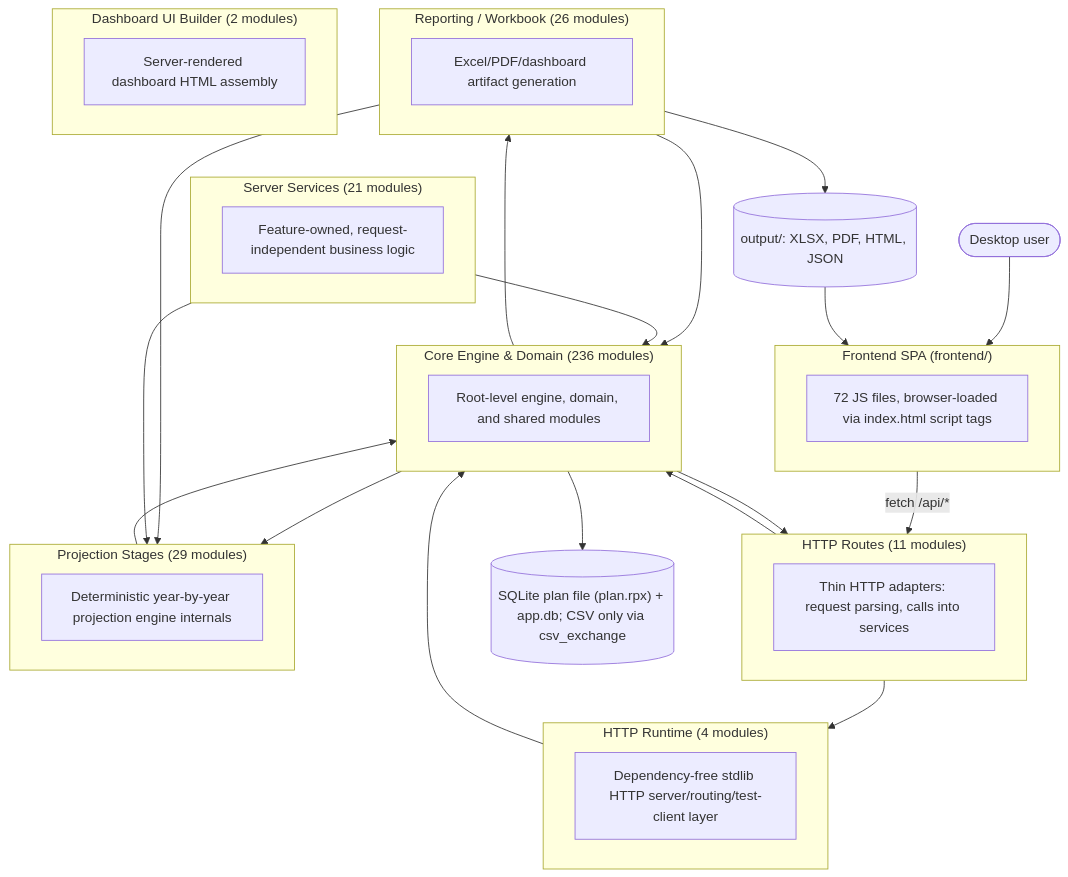
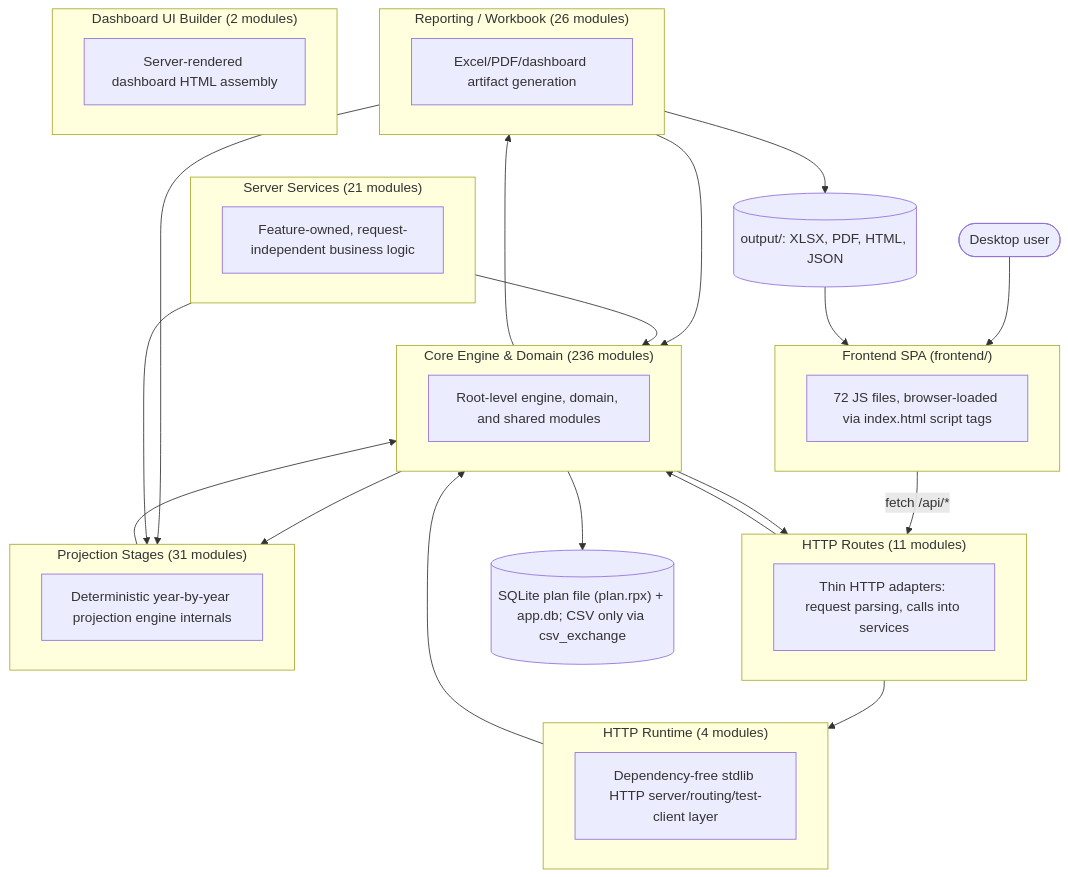
One commit to matthartzman/retirement_system changed the first of 2 diagrams in documentation/reference/SYSTEM_ARCHITECTURE_DIAGRAM.md. Above: the diagram before and after it, drawn with Mermaid. The commit also changed other lines of this file and 4 other files, not shown here.

````diff
--- a/documentation/reference/SYSTEM_ARCHITECTURE_DIAGRAM.md
+++ b/documentation/reference/SYSTEM_ARCHITECTURE_DIAGRAM.md
@@ -11,43 +11,43 @@
 ```mermaid
 flowchart TB
     User(["Desktop user"]) --> FE
     subgraph FE["Frontend SPA (frontend/)"]
         FEcount["72 JS files, browser-loaded via index.html script tags"]
     end
     FE -->|fetch /api/*| L_HTTP_Routes
     subgraph L_HTTP_Routes["HTTP Routes (11 modules)"]
         L_HTTP_Routes_d["Thin HTTP adapters: request parsing, calls into services"]
     end
     subgraph L_Server_Services["Server Services (21 modules)"]
         L_Server_Services_d["Feature-owned, request-independent business logic"]
     end
     subgraph L_HTTP_Runtime["HTTP Runtime (4 modules)"]
         L_HTTP_Runtime_d["Dependency-free stdlib HTTP server/routing/test-client layer"]
     end
     subgraph L_Core_Engine___Domain["Core Engine & Domain (236 modules)"]
         L_Core_Engine___Domain_d["Root-level engine, domain, and shared modules"]
     end
-    subgraph L_Projection_Stages["Projection Stages (29 modules)"]
+    subgraph L_Projection_Stages["Projection Stages (31 modules)"]
         L_Projection_Stages_d["Deterministic year-by-year projection engine internals"]
     end
     subgraph L_Reporting___Workbook["Reporting / Workbook (26 modules)"]
         L_Reporting___Workbook_d["Excel/PDF/dashboard artifact generation"]
     end
     subgraph L_Dashboard_UI_Builder["Dashboard UI Builder (2 modules)"]
         L_Dashboard_UI_Builder_d["Server-rendered dashboard HTML assembly"]
     end
     L_Core_Engine___Domain --> L_HTTP_Routes
     L_Core_Engine___Domain --> L_Projection_Stages
     L_Core_Engine___Domain --> L_Reporting___Workbook
     L_HTTP_Routes --> L_Core_Engine___Domain
     L_HTTP_Routes --> L_HTTP_Runtime
     L_HTTP_Runtime --> L_Core_Engine___Domain
     L_Projection_Stages --> L_Core_Engine___Domain
     L_Reporting___Workbook --> L_Core_Engine___Domain
     L_Reporting___Workbook --> L_Projection_Stages
     L_Server_Services --> L_Core_Engine___Domain
     L_Server_Services --> L_Projection_Stages
     L_Core_Engine___Domain --> DB[("SQLite plan file (plan.rpx) + app.db; CSV only via csv_exchange")]
     L_Reporting___Workbook --> Outputs[("output/: XLSX, PDF, HTML, JSON")]
     Outputs --> FE
 ```
````
